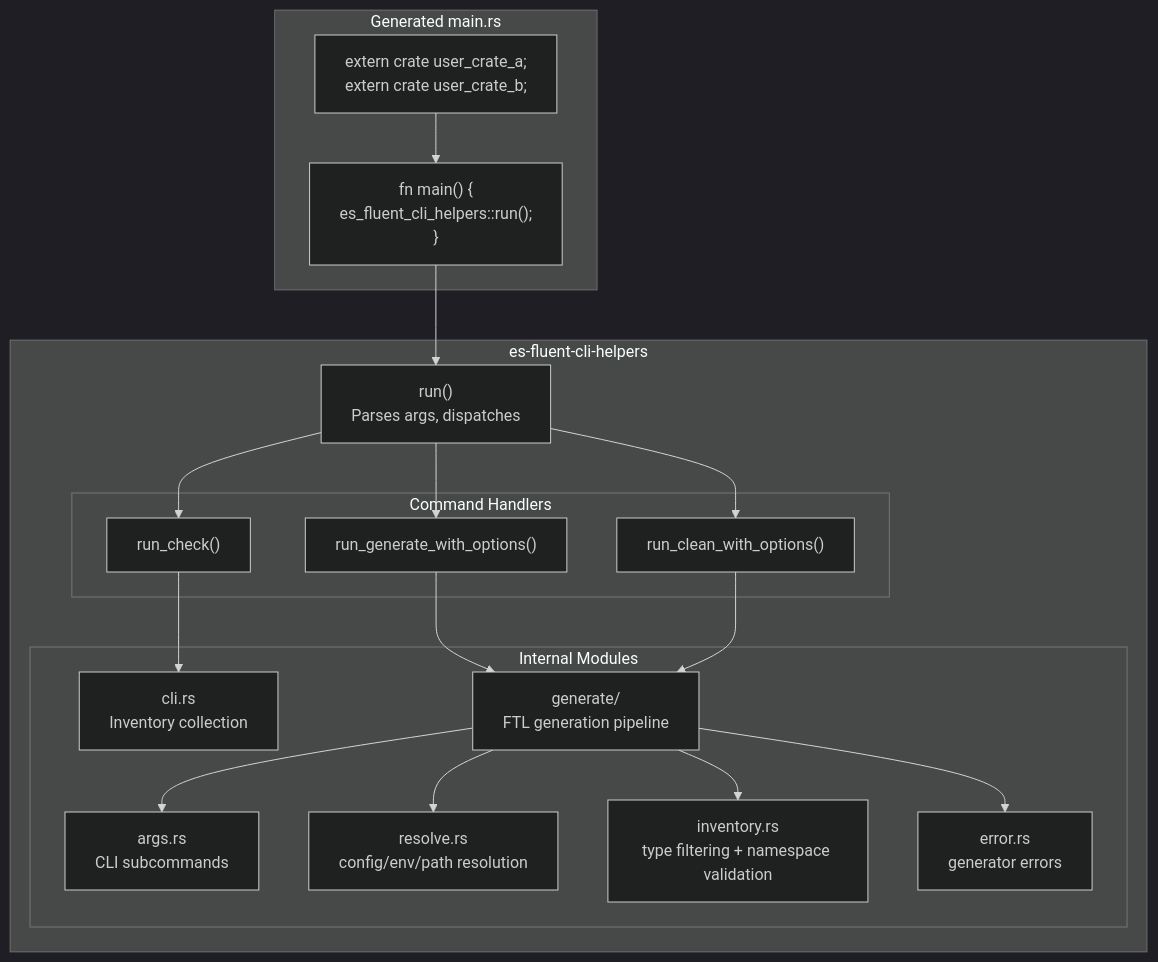
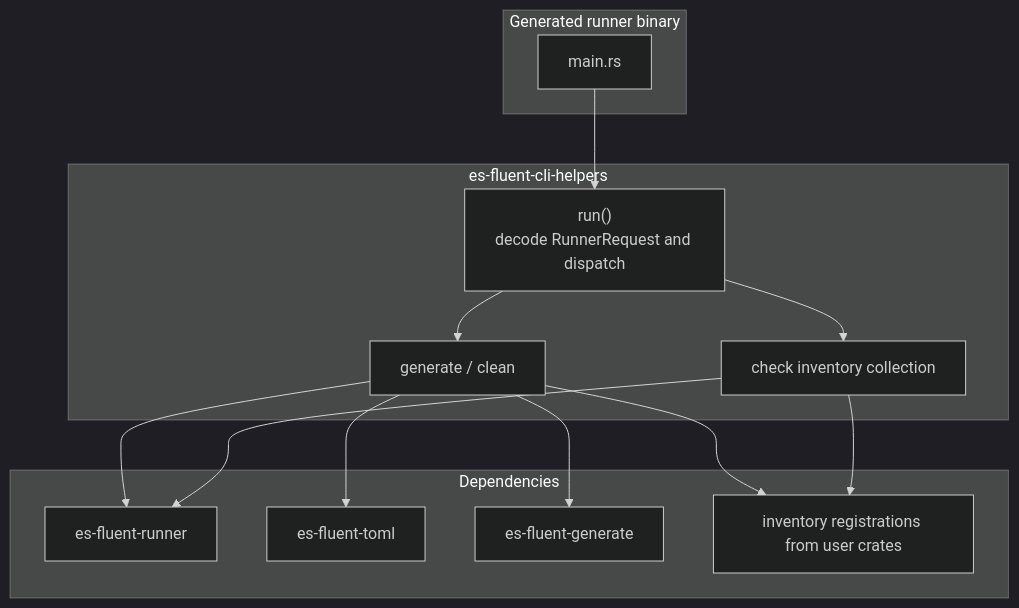
The first of 2 diagrams in crates/es-fluent-cli-helpers/docs/ARCHITECTURE.md (stayhydated/es-fluent), drawn with Mermaid (dark theme) before and after one commit. The commit also changed other lines of this file and 16 other files, not shown here.

````diff
--- a/crates/es-fluent-cli-helpers/docs/ARCHITECTURE.md
+++ b/crates/es-fluent-cli-helpers/docs/ARCHITECTURE.md
@@ -11,34 +21,29 @@
 ```mermaid
 flowchart TD
-    subgraph GENERATED["Generated main.rs"]
-        EXTERN["extern crate user_crate_a;<br/>extern crate user_crate_b;"]
-        MAIN["fn main() {<br/>  es_fluent_cli_helpers::run();<br/>}"]
+    subgraph GENERATED["Generated runner binary"]
+        MAIN["main.rs"]
     end
 
     subgraph HELPERS["es-fluent-cli-helpers"]
-        RUN["run()<br/>Parses args, dispatches"]
-
-        subgraph COMMANDS["Command Handlers"]
-            GEN["run_generate_with_options()"]
-            CHK["run_check()"]
-            CLN["run_clean_with_options()"]
-        end
-
-        subgraph MODULES["Internal Modules"]
-            CLI["cli.rs<br/>Inventory collection"]
-            GENMOD["generate/<br/>FTL generation pipeline"]
-            GENARGS["args.rs<br/>CLI subcommands"]
-            GENRESOLVE["resolve.rs<br/>config/env/path resolution"]
-            GENINV["inventory.rs<br/>type filtering + namespace validation"]
-            GENERR["error.rs<br/>generator errors"]
-        end
+        RUN["run()<br/>decode RunnerRequest and dispatch"]
+        GEN["generate / clean"]
+        CHK["check inventory collection"]
     end
 
-    EXTERN --> MAIN
+    subgraph SUPPORT["Dependencies"]
+        RUNNER["es-fluent-runner"]
+        TOML["es-fluent-toml"]
+        GENERATE["es-fluent-generate"]
+        INVENTORY["inventory registrations from user crates"]
+    end
+
     MAIN --> RUN
-    RUN --> GEN & CHK & CLN
-    GEN --> GENMOD
-    CHK --> CLI
-    CLN --> GENMOD
-    GENMOD --> GENARGS & GENRESOLVE & GENINV & GENERR
+    RUN --> GEN
+    RUN --> CHK
+    GEN --> RUNNER
+    GEN --> TOML
+    GEN --> GENERATE
+    GEN --> INVENTORY
+    CHK --> RUNNER
+    CHK --> INVENTORY
 ```
````
